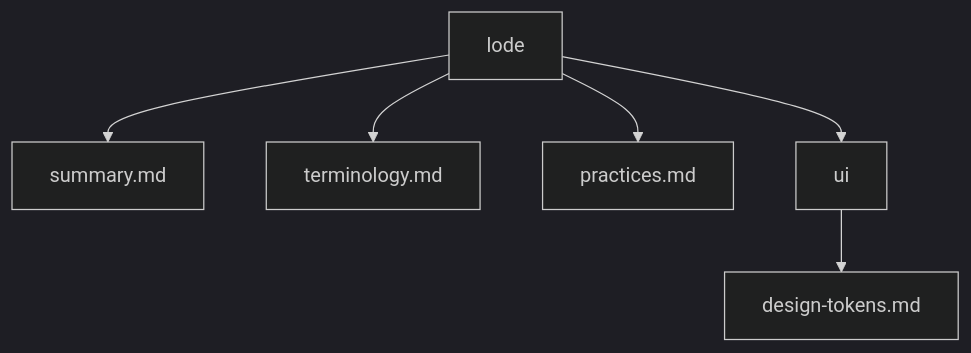
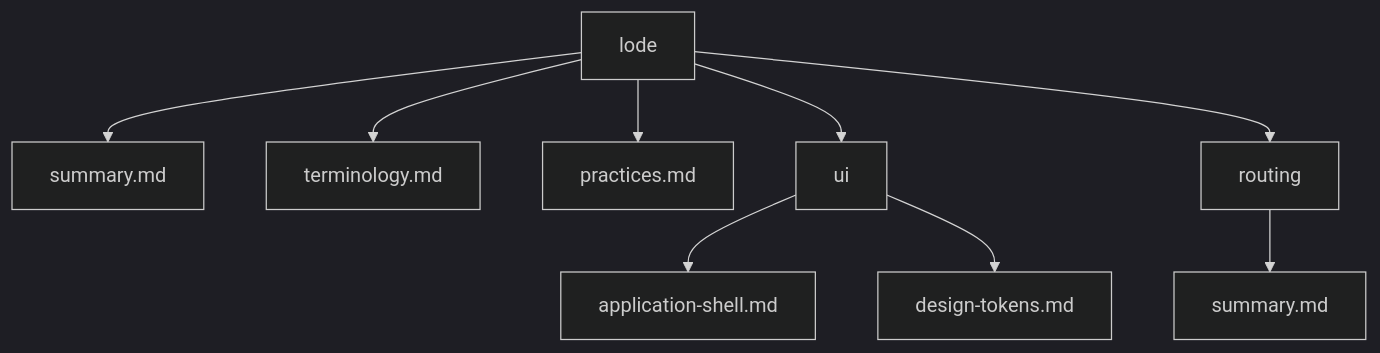
One commit to Zwezh/media-shelf changed the diagram in lode/lode-map.md. Above: the diagram before and after it, drawn with Mermaid (dark theme). The commit also changed other lines of this file and 46 other files, not shown here.

````diff
--- a/lode/lode-map.md
+++ b/lode/lode-map.md
@@ -15,8 +17,11 @@
 ```mermaid
 flowchart TD
   Root[lode] --> Summary[summary.md]
   Root --> Terms[terminology.md]
   Root --> Practices[practices.md]
   Root --> UI[ui]
+  UI --> UIShell[application-shell.md]
   UI --> UITokens[design-tokens.md]
+  Root --> Routing[routing]
+  Routing --> RouteSummary[summary.md]
 ```
````
